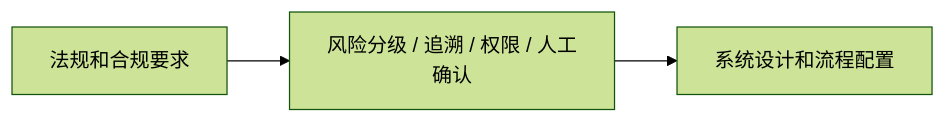
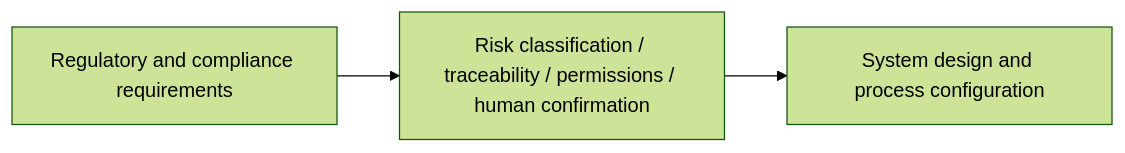
One commit to oudbiao/AI-fullstack-course changed the diagram in docs/ch12-multimodal/ch04-frontier/03-ai-regulations.md. Above: the diagram before and after it, drawn with Mermaid (forest theme). The commit also changed other lines of this file and 1406 other files, not shown here.

````diff
--- a/docs/ch12-multimodal/ch04-frontier/03-ai-regulations.md
+++ b/docs/ch12-multimodal/ch04-frontier/03-ai-regulations.md
@@ -44,5 +44,5 @@
 ```mermaid
 flowchart LR
-    A["法规和合规要求"] --> B["风险分级 / 追溯 / 权限 / 人工确认"]
-    B --> C["系统设计和流程配置"]
+    A["Regulatory and compliance requirements"] --> B["Risk classification / traceability / permissions / human confirmation"]
+    B --> C["System design and process configuration"]
 ```
````
